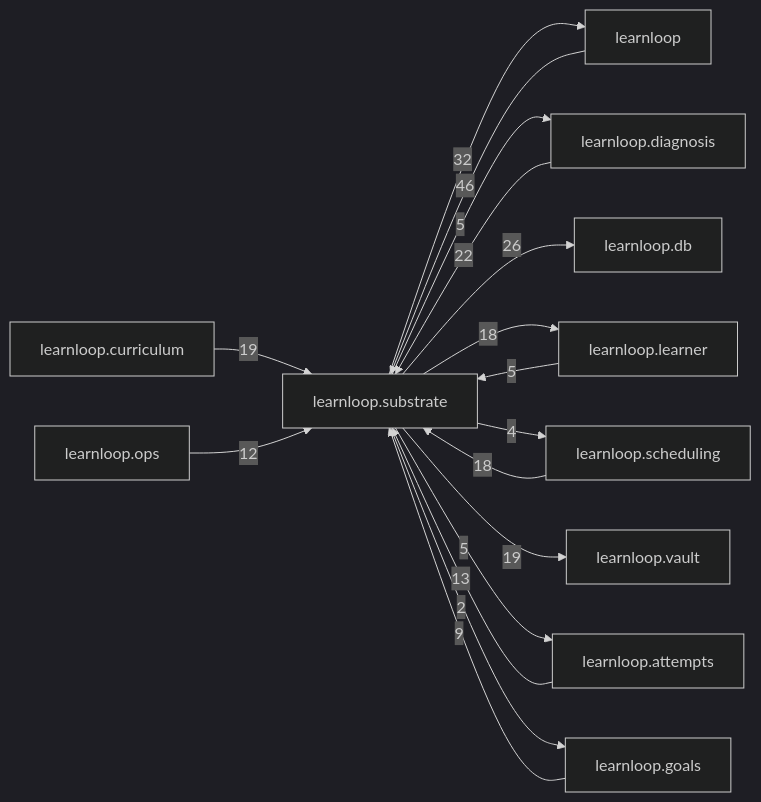
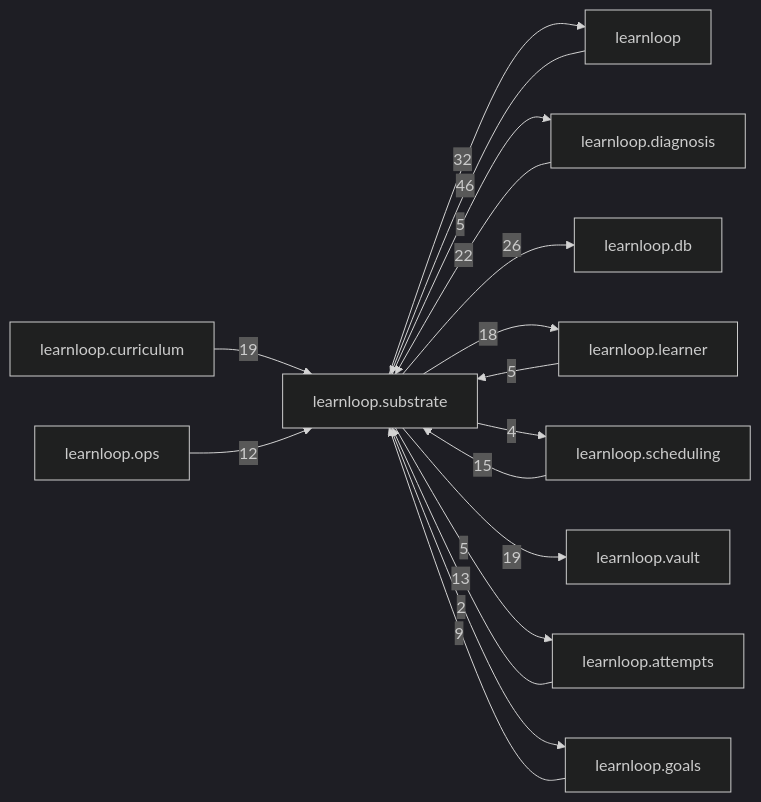
Before and after one commit to 6up-b/learnanything: the diagram in docs/learnloop-architecture-vault/Reference/Modules/learnloop/substrate/_package.md, drawn with Mermaid (dark theme). The commit also changed other lines of this file and 66 other files, not shown here.

````diff
--- a/docs/learnloop-architecture-vault/Reference/Modules/learnloop/substrate/_package.md
+++ b/docs/learnloop-architecture-vault/Reference/Modules/learnloop/substrate/_package.md
@@ -165,30 +165,30 @@
 ```mermaid
 flowchart LR
     center["learnloop.substrate"]
     n_learnloop["learnloop"]
     n_learnloop_diagnosis["learnloop.diagnosis"]
     n_learnloop_db["learnloop.db"]
     n_learnloop_learner["learnloop.learner"]
+    n_learnloop_curriculum["learnloop.curriculum"]
     n_learnloop_scheduling["learnloop.scheduling"]
-    n_learnloop_curriculum["learnloop.curriculum"]
     n_learnloop_vault["learnloop.vault"]
     n_learnloop_attempts["learnloop.attempts"]
     n_learnloop_ops["learnloop.ops"]
     n_learnloop_goals["learnloop.goals"]
     n_learnloop -->|46| center
     center -->|32| n_learnloop
     n_learnloop_diagnosis -->|22| center
     center -->|5| n_learnloop_diagnosis
     center -->|26| n_learnloop_db
     n_learnloop_learner -->|5| center
     center -->|18| n_learnloop_learner
-    n_learnloop_scheduling -->|18| center
+    n_learnloop_curriculum -->|19| center
+    n_learnloop_scheduling -->|15| center
     center -->|4| n_learnloop_scheduling
-    n_learnloop_curriculum -->|19| center
     center -->|19| n_learnloop_vault
     n_learnloop_attempts -->|13| center
     center -->|5| n_learnloop_attempts
     n_learnloop_ops -->|12| center
     n_learnloop_goals -->|9| center
     center -->|2| n_learnloop_goals
 ```
````
